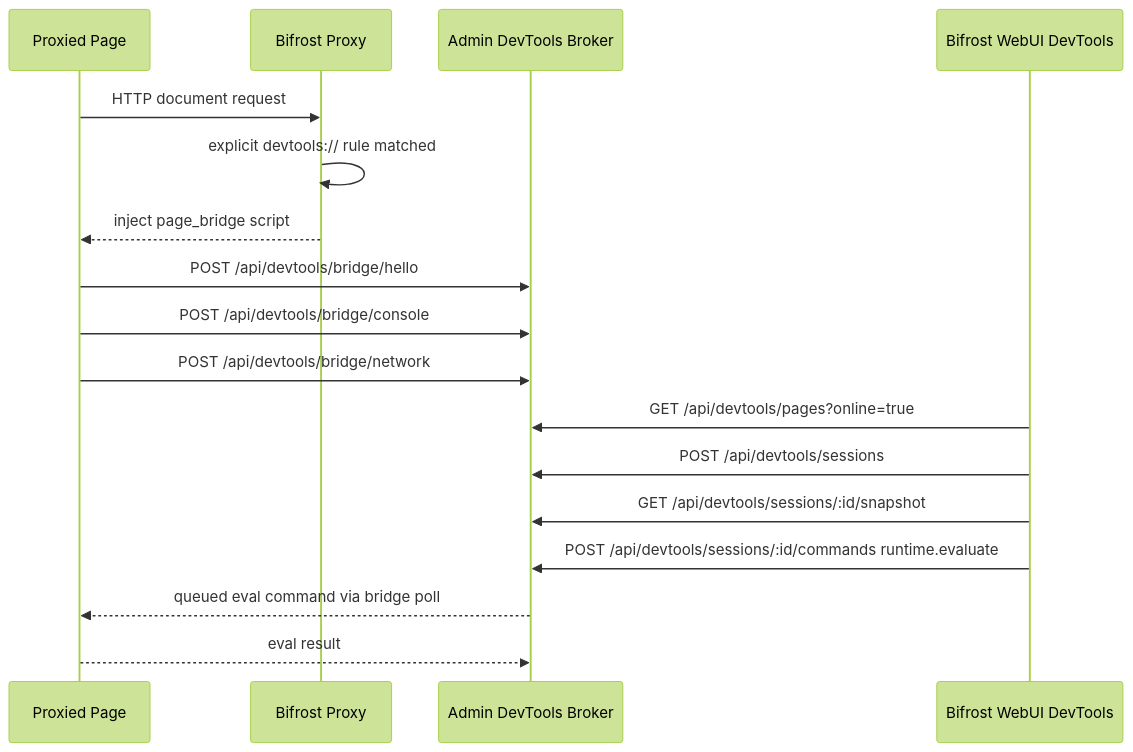
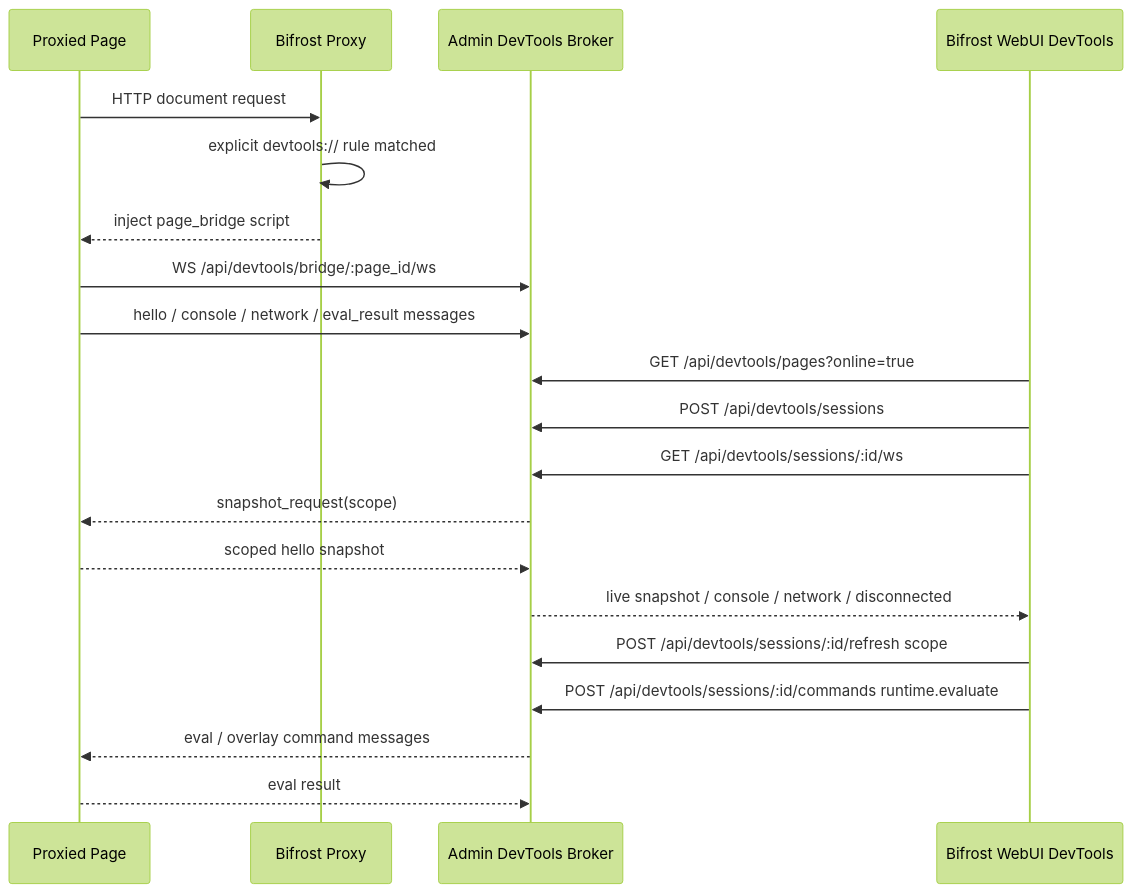
The diagram in design/chrome-devtools-remote-control.md (bifrost-proxy/bifrost), drawn with Mermaid (forest theme) before and after one commit. The commit also changed other lines of this file and 20 other files, not shown here.

Commit message:
fix(devtools): use ws session refresh with lightweight bridge state

````diff
--- a/design/chrome-devtools-remote-control.md
+++ b/design/chrome-devtools-remote-control.md
@@ -27,20 +27,23 @@
 ```mermaid
 sequenceDiagram
   participant Browser as Proxied Page
   participant Proxy as Bifrost Proxy
   participant Admin as Admin DevTools Broker
   participant WebUI as Bifrost WebUI DevTools
 
   Browser->>Proxy: HTTP document request
   Proxy->>Proxy: explicit devtools:// rule matched
   Proxy-->>Browser: inject page_bridge script
-  Browser->>Admin: POST /api/devtools/bridge/hello
-  Browser->>Admin: POST /api/devtools/bridge/console
-  Browser->>Admin: POST /api/devtools/bridge/network
+  Browser->>Admin: WS /api/devtools/bridge/:page_id/ws
+  Browser->>Admin: hello / console / network / eval_result messages
   WebUI->>Admin: GET /api/devtools/pages?online=true
   WebUI->>Admin: POST /api/devtools/sessions
-  WebUI->>Admin: GET /api/devtools/sessions/:id/snapshot
+  WebUI->>Admin: GET /api/devtools/sessions/:id/ws
+  Admin-->>Browser: snapshot_request(scope)
+  Browser-->>Admin: scoped hello snapshot
+  Admin-->>WebUI: live snapshot / console / network / disconnected
+  WebUI->>Admin: POST /api/devtools/sessions/:id/refresh scope
   WebUI->>Admin: POST /api/devtools/sessions/:id/commands runtime.evaluate
-  Admin-->>Browser: queued eval command via bridge poll
+  Admin-->>Browser: eval / overlay command messages
   Browser-->>Admin: eval result
 ```
````
